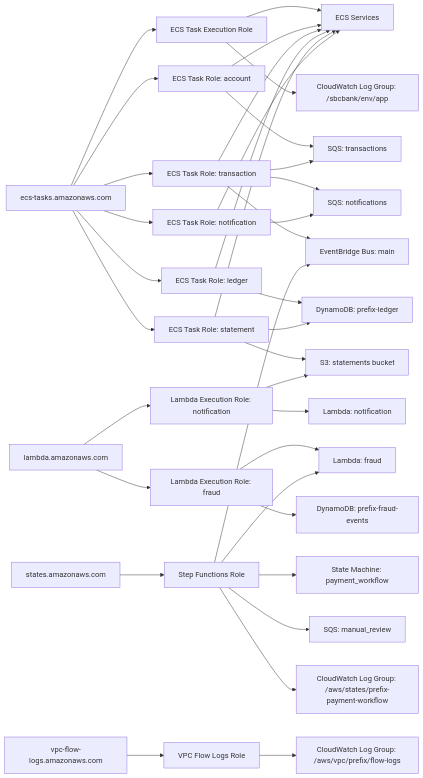
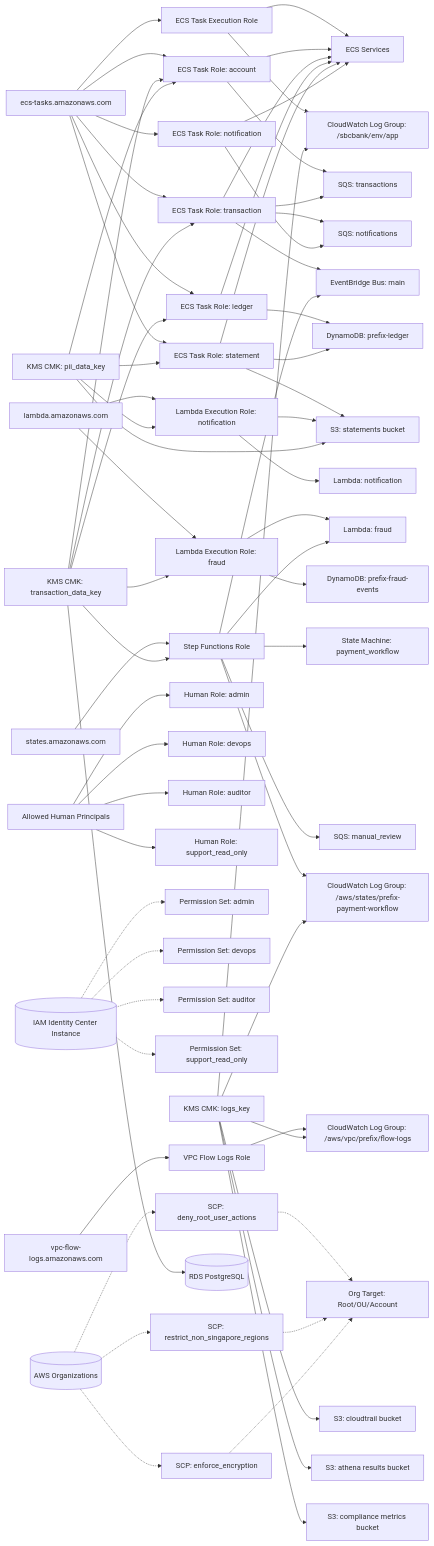
Before and after one commit to deseyebags/SBCbank: the diagram in terraform/iam-diagram.md, drawn with Mermaid. The commit also changed other lines of this file and 4 other files, not shown here.

````diff
--- a/terraform/iam-diagram.md
+++ b/terraform/iam-diagram.md
@@ -9,6 +9,7 @@
   LBDP[lambda.amazonaws.com]
   SFP[states.amazonaws.com]
   VFLP[vpc-flow-logs.amazonaws.com]
+  HUMP[Allowed Human Principals]
 
   %% IAM roles
   EEXR[ECS Task Execution Role]
@@ -21,6 +22,24 @@
   LFXR[Lambda Execution Role: fraud]
   SFR[Step Functions Role]
   VFLR[VPC Flow Logs Role]
+  ADM[Human Role: admin]
+  DVO[Human Role: devops]
+  AUD[Human Role: auditor]
+  SUP[Human Role: support_read_only]
+
+  %% Identity Center (optional)
+  IC[(IAM Identity Center Instance)]
+  PSA[Permission Set: admin]
+  PSD[Permission Set: devops]
+  PSU[Permission Set: auditor]
+  PSS[Permission Set: support_read_only]
+
+  %% Organizations governance (optional)
+  ORG[(AWS Organizations)]
+  SCPR[SCP: deny_root_user_actions]
+  SCPS[SCP: restrict_non_singapore_regions]
+  SCPE[SCP: enforce_encryption]
+  SCPT[Org Target: Root/OU/Account]
 
   %% Runtime services
   ECSA[ECS Services]
@@ -37,8 +56,17 @@
   SQSN[SQS: notifications]
   SQSM[SQS: manual_review]
   S3ST[S3: statements bucket]
+  S3CT[S3: cloudtrail bucket]
+  S3AT[S3: athena results bucket]
+  S3CM[S3: compliance metrics bucket]
+  RDS[(RDS PostgreSQL)]
   DDBL[DynamoDB: prefix-ledger]
   DDBF[DynamoDB: prefix-fraud-events]
+
+  %% KMS keys
+  KTR[KMS CMK: transaction_data_key]
+  KPI[KMS CMK: pii_data_key]
+  KLG[KMS CMK: logs_key]
 
   %% Trust relationships
   ECSP --> EEXR
@@ -51,6 +79,10 @@
   LBDP --> LFXR
   SFP --> SFR
   VFLP --> VFLR
+  HUMP --> ADM
+  HUMP --> DVO
+  HUMP --> AUD
+  HUMP --> SUP
 
   %% Role attachment to runtimes
   EEXR --> ECSA
@@ -62,6 +94,20 @@
   LNXR --> LBN
   LFXR --> LBF
   SFR --> SFN
+
+  %% Optional identity center path
+  IC -.-> PSA
+  IC -.-> PSD
+  IC -.-> PSU
+  IC -.-> PSS
+
+  %% Optional organizations path
+  ORG -.-> SCPR
+  ORG -.-> SCPS
+  ORG -.-> SCPE
+  SCPR -.-> SCPT
+  SCPS -.-> SCPT
+  SCPE -.-> SCPT
 
   %% Primary permission edges
   EEXR --> CWAPP
@@ -88,4 +134,24 @@
   SFR --> CWSFN
 
   VFLR --> CWVPC
+
+  %% KMS encryption usage
+  KTR --> RDS
+  KTR --> EACR
+  KTR --> ETRR
+  KTR --> ELRR
+  KTR --> SFR
+  KTR --> LFXR
+
+  KPI --> S3ST
+  KPI --> EACR
+  KPI --> ESRR
+  KPI --> LNXR
+
+  KLG --> CWAPP
+  KLG --> CWVPC
+  KLG --> CWSFN
+  KLG --> S3CT
+  KLG --> S3AT
+  KLG --> S3CM
 ```
````
